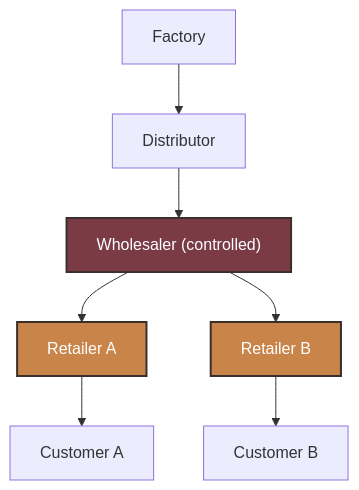
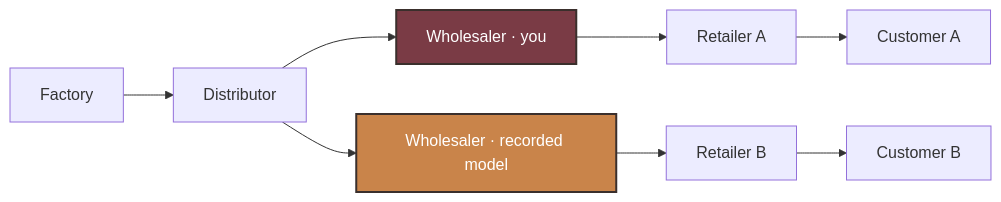
The diagram in README.md (ConstantinVictorBeatErtel/Supply_Chain_Bench), drawn with Mermaid before and after one commit. The commit also changed other lines of this file, not shown here.

Commit message:
Restore README dual-wholesaler Y visual for the playable comparison.
Highlight you + recorded-model wholesaler stations to match the static game board, and drop the incorrect “not two wholesaler seats” caption.

````diff
--- a/README.md
+++ b/README.md
@@ -10,11 +10,10 @@
 ```mermaid
-flowchart TB
-  F[Factory] --> D[Distributor] --> W["Wholesaler (controlled)"]
-  W --> RA[Retailer A]
-  W --> RB[Retailer B]
-  RA --> CA[Customer A]
-  RB --> CB[Customer B]
-  style W fill:#7A3B45,color:#FFFFFF,stroke:#3A2F2C,stroke-width:2px
-  style RA fill:#C9844A,color:#FFFFFF,stroke:#3A2F2C,stroke-width:2px
-  style RB fill:#C9844A,color:#FFFFFF,stroke:#3A2F2C,stroke-width:2px
+flowchart LR
+  F[Factory] --> D[Distributor]
+  D --> WH["Wholesaler · you"]
+  D --> WM["Wholesaler · recorded model"]
+  WH --> RA[Retailer A] --> CA[Customer A]
+  WM --> RB[Retailer B] --> CB[Customer B]
+  style WH fill:#7A3B45,color:#FFFFFF,stroke:#3A2F2C,stroke-width:2px
+  style WM fill:#C9844A,color:#FFFFFF,stroke:#3A2F2C,stroke-width:2px
 ```
````
